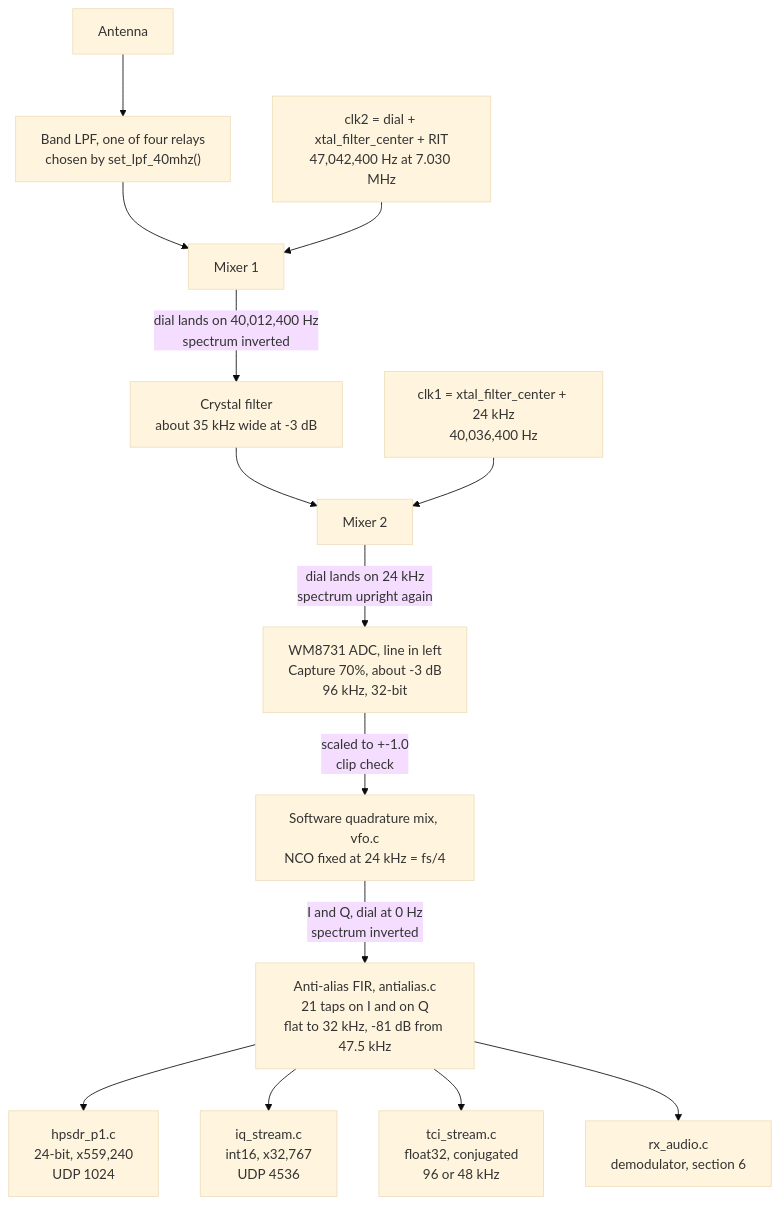
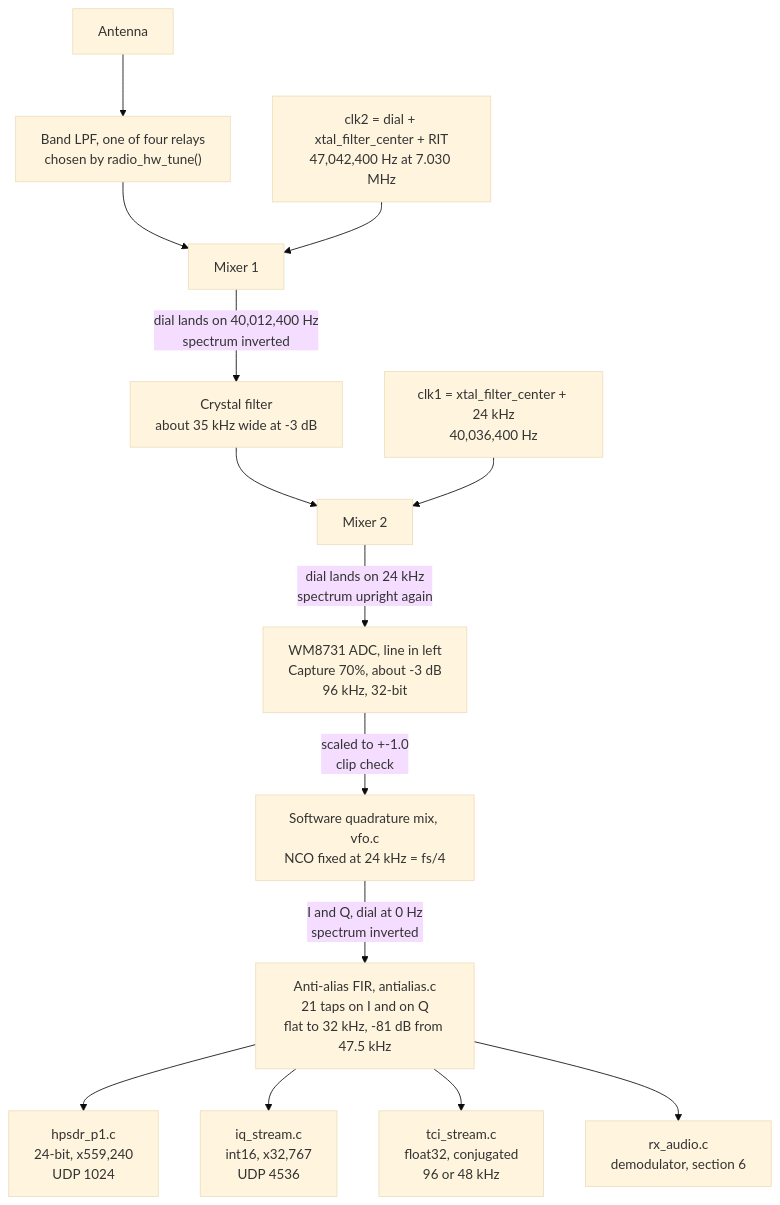
Before and after one commit to MikeJohnshoy/maxibitx: the second of 4 diagrams in docs/00_intro.md, drawn with Mermaid (base theme). The commit also changed other lines of this file, not shown here.

````diff
--- a/docs/00_intro.md
+++ b/docs/00_intro.md
@@ -556,16 +571,16 @@
 ```mermaid
 flowchart TD
-    ANT["Antenna"] --> LPF["Band LPF, one of four relays<br/>chosen by set_lpf_40mhz()"]
+    ANT["Antenna"] --> LPF["Band LPF, one of four relays<br/>chosen by radio_hw_tune()"]
     LPF --> M1["Mixer 1"]
     CLK2["clk2 = dial + xtal_filter_center + RIT<br/>47,042,400 Hz at 7.030 MHz"] --> M1
     M1 -->|"dial lands on 40,012,400 Hz<br/>spectrum inverted"| XF["Crystal filter<br/>about 35 kHz wide at -3 dB"]
     XF --> M2["Mixer 2"]
     CLK1["clk1 = xtal_filter_center + 24 kHz<br/>40,036,400 Hz"] --> M2
     M2 -->|"dial lands on 24 kHz<br/>spectrum upright again"| ADC["WM8731 ADC, line in left<br/>Capture 70%, about -3 dB<br/>96 kHz, 32-bit"]
     ADC -->|"scaled to +-1.0<br/>clip check"| NCO["Software quadrature mix, vfo.c<br/>NCO fixed at 24 kHz = fs/4"]
     NCO -->|"I and Q, dial at 0 Hz<br/>spectrum inverted"| AA["Anti-alias FIR, antialias.c<br/>21 taps on I and on Q<br/>flat to 32 kHz, -81 dB from 47.5 kHz"]
     AA --> HP["hpsdr_p1.c<br/>24-bit, x559,240<br/>UDP 1024"]
     AA --> IQS["iq_stream.c<br/>int16, x32,767<br/>UDP 4536"]
     AA --> TCI["tci_stream.c<br/>float32, conjugated<br/>96 or 48 kHz"]
     AA --> DEM["rx_audio.c<br/>demodulator, section 6"]
 ```
````
